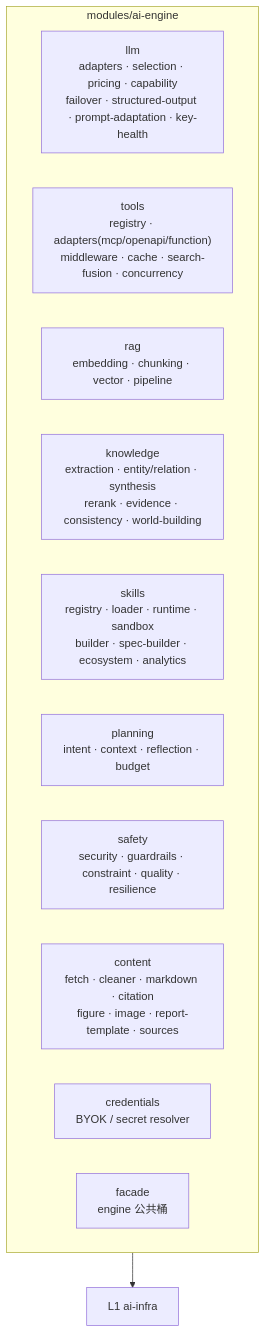
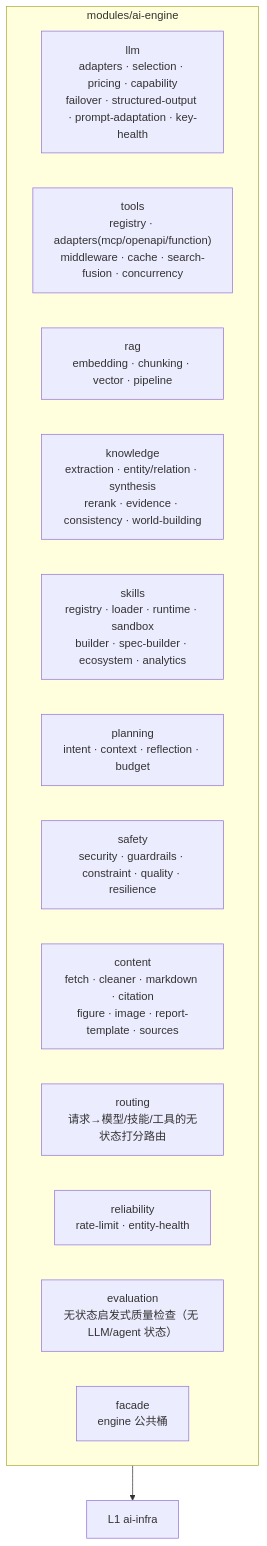
One commit to genesis-agents/GenesisPod changed the fifth of 7 diagrams in docs/architecture/layered-architecture.md. Above: the diagram before and after it, drawn with Mermaid. The commit also changed other lines of this file and 1 other file, not shown here.

First line of the commit message:
docs(architecture): align layered-architecture to 12 ai-engine aggregates and supersede redesign

````diff
--- a/docs/architecture/layered-architecture.md
+++ b/docs/architecture/layered-architecture.md
@@ -174,16 +174,18 @@
 ```mermaid
 flowchart TB
     subgraph ENGINE["modules/ai-engine"]
         LLM["llm<br/>adapters · selection · pricing · capability<br/>failover · structured-output · prompt-adaptation · key-health"]
         TOOLS["tools<br/>registry · adapters(mcp/openapi/function)<br/>middleware · cache · search-fusion · concurrency"]
         RAG["rag<br/>embedding · chunking · vector · pipeline"]
         KNOW["knowledge<br/>extraction · entity/relation · synthesis<br/>rerank · evidence · consistency · world-building"]
         SKILLS["skills<br/>registry · loader · runtime · sandbox<br/>builder · spec-builder · ecosystem · analytics"]
         PLANNING["planning<br/>intent · context · reflection · budget"]
         SAFETY["safety<br/>security · guardrails · constraint · quality · resilience"]
         CONTENT["content<br/>fetch · cleaner · markdown · citation<br/>figure · image · report-template · sources"]
-        CRED["credentials<br/>BYOK / secret resolver"]
+        ROUTING["routing<br/>请求→模型/技能/工具的无状态打分路由"]
+        RELIABILITY["reliability<br/>rate-limit · entity-health"]
+        EVAL["evaluation<br/>无状态启发式质量检查（无 LLM/agent 状态）"]
         FAC["facade<br/>engine 公共桶"]
     end
     ENGINE --> INFRA["L1 ai-infra"]
 ```
````
